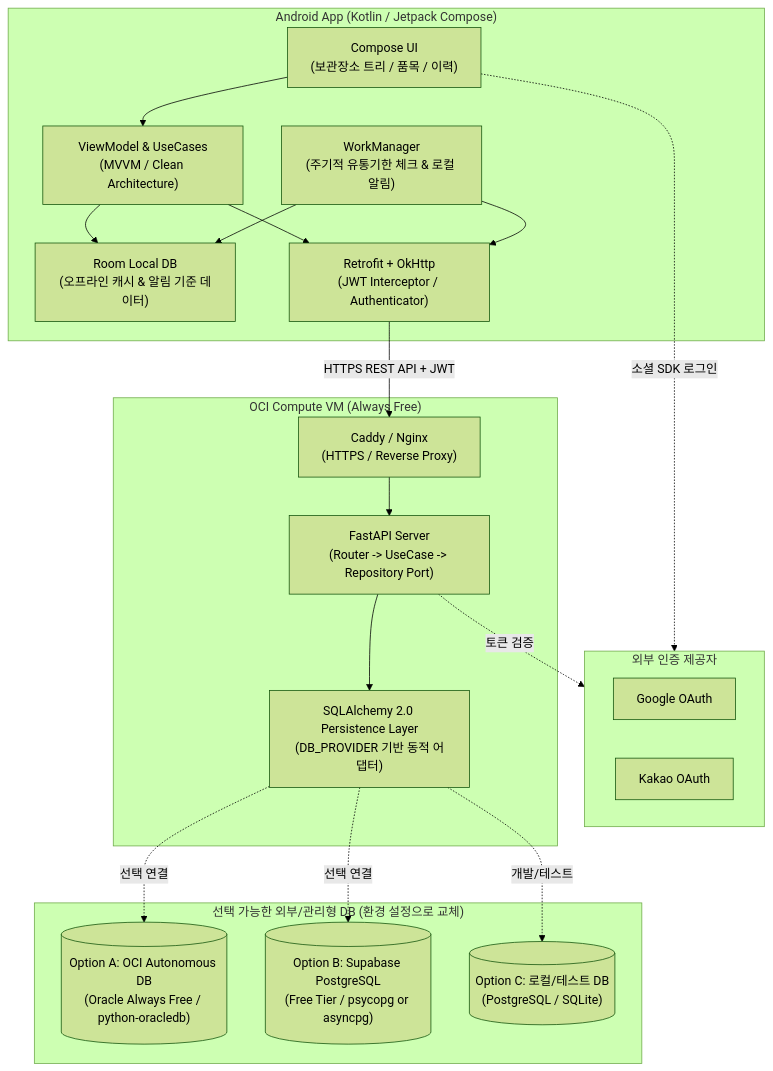
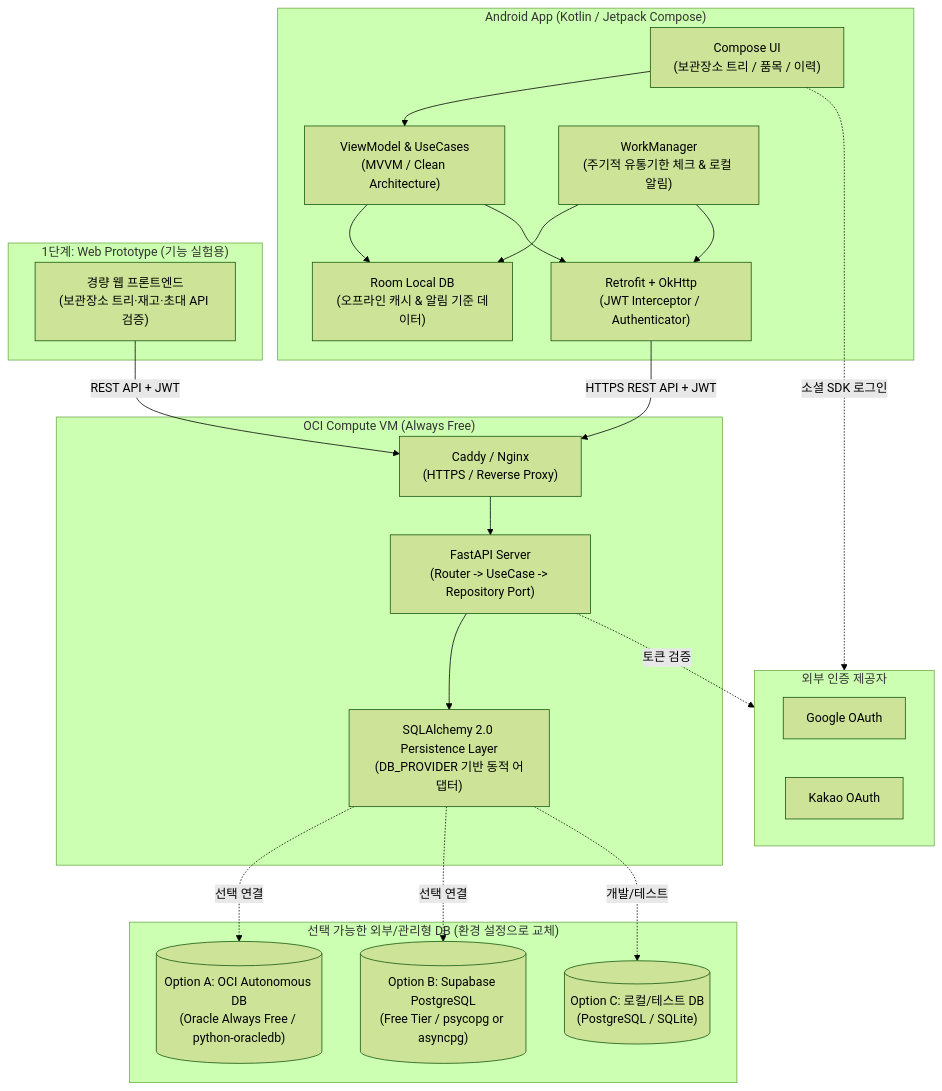
Before and after one commit to mjcode1588/refrigerator_manger: the diagram in docs/02-architecture/01-system-architecture.md, drawn with Mermaid (forest theme). The commit also changed 4 other files, not shown here.

````diff
--- a/docs/02-architecture/01-system-architecture.md
+++ b/docs/02-architecture/01-system-architecture.md
@@ -11,41 +11,46 @@
 ```mermaid
 flowchart TB
     subgraph Client["Android App (Kotlin / Jetpack Compose)"]
         UI["Compose UI\n(보관장소 트리 / 품목 / 이력)"]
         VM["ViewModel & UseCases\n(MVVM / Clean Architecture)"]
         ROOM["Room Local DB\n(오프라인 캐시 & 알림 기준 데이터)"]
         WM["WorkManager\n(주기적 유통기한 체크 & 로컬 알림)"]
         NET["Retrofit + OkHttp\n(JWT Interceptor / Authenticator)"]
         UI --> VM
         VM --> ROOM
         VM --> NET
         WM --> ROOM
         WM --> NET
+    end
+
+    subgraph WebProto["1단계: Web Prototype (기능 실험용)"]
+        WEB["경량 웹 프론트엔드\n(보관장소 트리·재고·초대 API 검증)"]
     end
 
     subgraph OAuth["외부 인증 제공자"]
         GOOGLE["Google OAuth"]
         KAKAO["Kakao OAuth"]
     end
 
     subgraph OCI["OCI Compute VM (Always Free)"]
         PROXY["Caddy / Nginx\n(HTTPS / Reverse Proxy)"]
         API["FastAPI Server\n(Router -> UseCase -> Repository Port)"]
         DB_ADAPTER["SQLAlchemy 2.0 Persistence Layer\n(DB_PROVIDER 기반 동적 어댑터)"]
         PROXY --> API
         API --> DB_ADAPTER
     end
 
     subgraph DB_OPTIONS["선택 가능한 외부/관리형 DB (환경 설정으로 교체)"]
         ADB[("Option A: OCI Autonomous DB\n(Oracle Always Free / python-oracledb)")]
         SUPA[("Option B: Supabase PostgreSQL\n(Free Tier / psycopg or asyncpg)")]
         LOCAL_DB[("Option C: 로컬/테스트 DB\n(PostgreSQL / SQLite)")]
     end
 
     UI -.->|소셜 SDK 로그인| OAuth
     NET -->|HTTPS REST API + JWT| PROXY
+    WEB -->|REST API + JWT| PROXY
     API -.->|토큰 검증| OAuth
     DB_ADAPTER -.->|선택 연결| ADB
     DB_ADAPTER -.->|선택 연결| SUPA
     DB_ADAPTER -.->|개발/테스트| LOCAL_DB
 ```
````
